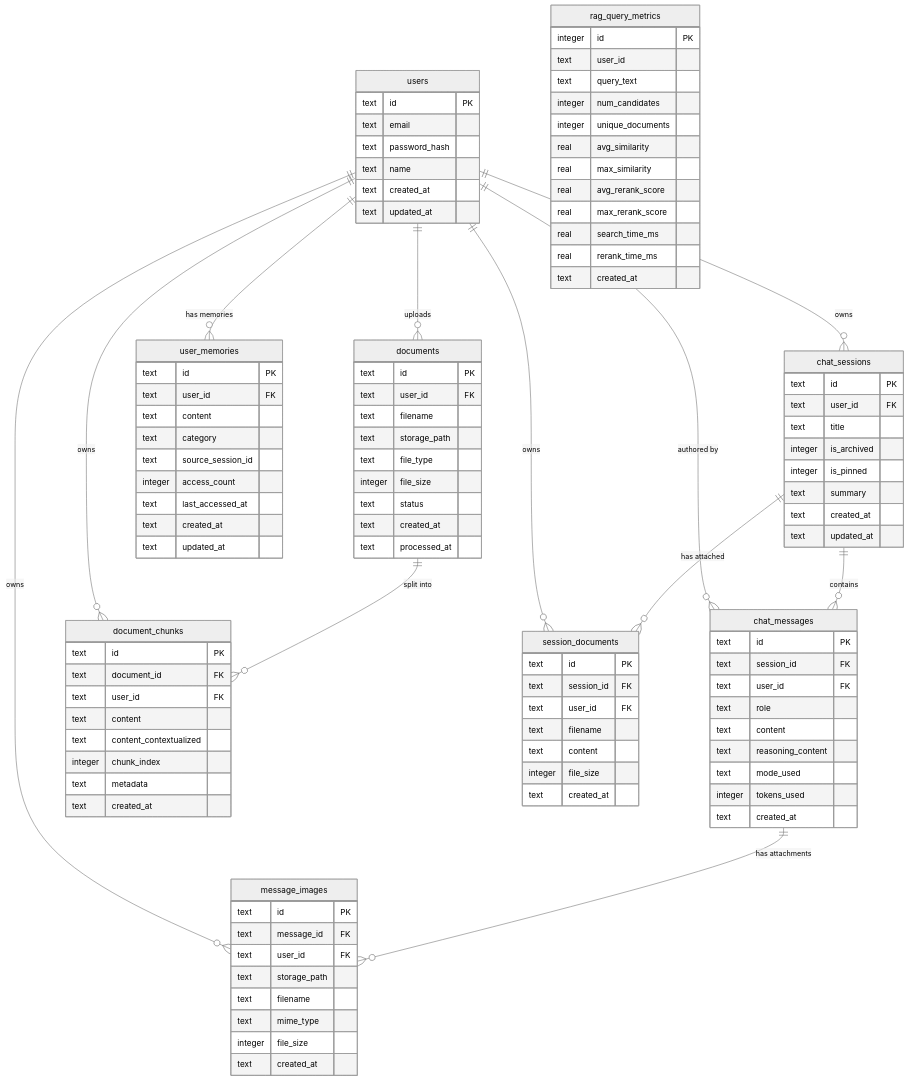
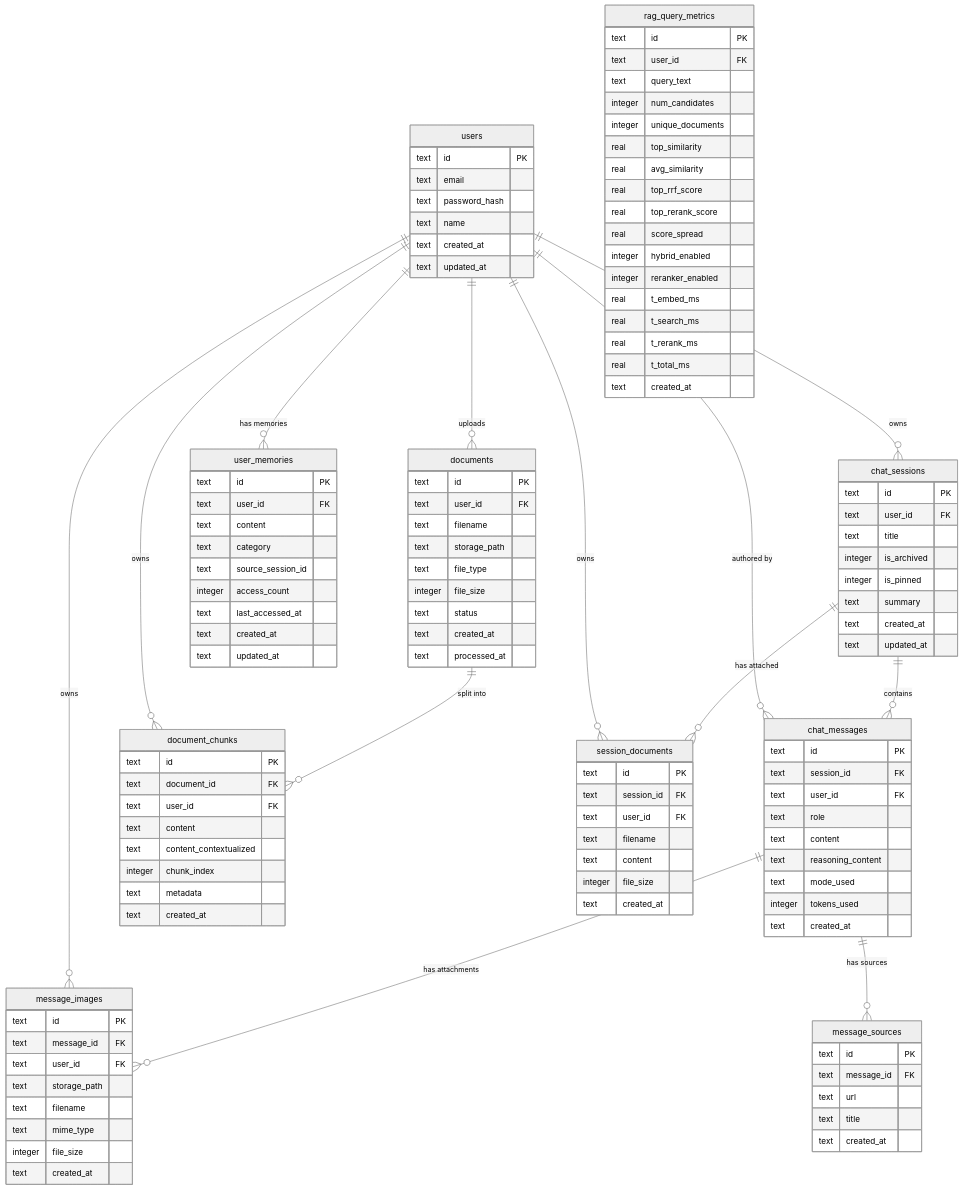
The eighth of 14 diagrams in full_system_architecture_map_730d3d3f.plan.md (Jimmy6929/Molebie_AI), drawn with Mermaid (neutral theme) before and after one commit. The commit also changed other lines of this file, not shown here.

First line of the commit message:
Update architecture doc: voice flow, RAG metrics, APIs

````diff
--- a/full_system_architecture_map_730d3d3f.plan.md
+++ b/full_system_architecture_map_730d3d3f.plan.md
@@ -447,17 +446,30 @@
     }
 
     rag_query_metrics {
-        integer id PK
-        text user_id
+        text id PK
+        text user_id FK
         text query_text
         integer num_candidates
         integer unique_documents
+        real top_similarity
         real avg_similarity
-        real max_similarity
-        real avg_rerank_score
-        real max_rerank_score
-        real search_time_ms
-        real rerank_time_ms
+        real top_rrf_score
+        real top_rerank_score
+        real score_spread
+        integer hybrid_enabled
+        integer reranker_enabled
+        real t_embed_ms
+        real t_search_ms
+        real t_rerank_ms
+        real t_total_ms
+        text created_at
+    }
+
+    message_sources {
+        text id PK
+        text message_id FK
+        text url
+        text title
         text created_at
     }
 
@@ -472,4 +484,5 @@
     chat_sessions ||--o{ session_documents : "has attached"
     users ||--o{ session_documents : "owns"
     users ||--o{ user_memories : "has memories"
+    chat_messages ||--o{ message_sources : "has sources"
 ```
````
